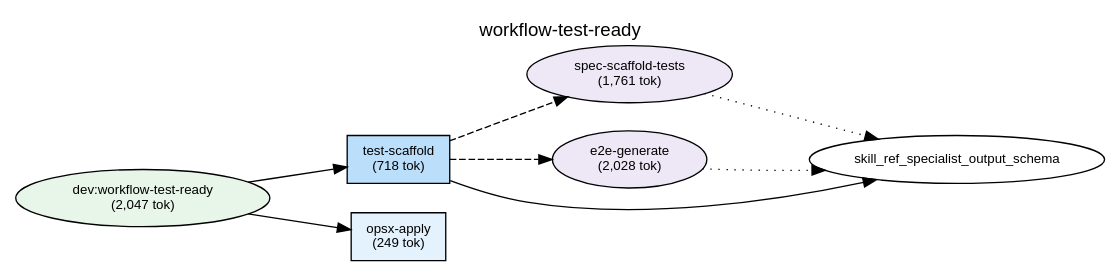
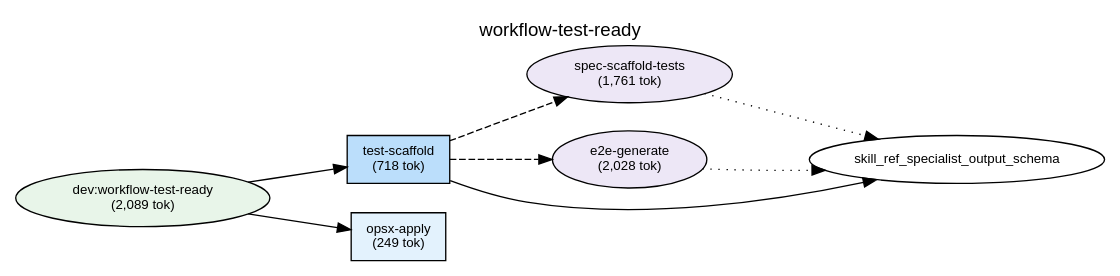
One commit to shuu5/twill changed the diagram in plugins/dev/docs/deps-workflow-test-ready.dot. Above: the diagram before and after it, drawn with Graphviz. The commit also changed 27 other files, not shown here.

```diff
--- a/plugins/dev/docs/deps-workflow-test-ready.dot
+++ b/plugins/dev/docs/deps-workflow-test-ready.dot
@@ -1,55 +1,55 @@
 digraph Dependencies {
     // Graph settings
     rankdir=LR;
     ranksep=0.8;
     nodesep=0.3;
     fontname="Helvetica";
     node [fontname="Helvetica", fontsize=10];
     edge [fontname="Helvetica", fontsize=9];
     label="workflow-test-ready";
     labelloc=t;
     fontsize=14;
 
     // L0: Controller Skills
 
     // L0: Launchers
 
     // L0.5: Workflow Skills
-    skill_workflow_test_ready [label="dev:workflow-test-ready\n(2,047 tok)", shape=ellipse, style=filled, fillcolor="#e8f5e9"];
+    skill_workflow_test_ready [label="dev:workflow-test-ready\n(2,089 tok)", shape=ellipse, style=filled, fillcolor="#e8f5e9"];
 
     // Reference Skills
 
     // L1: Direct Commands
     cmd_opsx_apply [label="opsx-apply\n(249 tok)", shape=box, style=filled, fillcolor="#e3f2fd"];
     cmd_test_scaffold [label="test-scaffold\n(718 tok)", shape=box, style=filled, fillcolor="#bbdefb"];
 
     // L2: Sub Commands
 
     // L3: Agents
     agent_spec_scaffold_tests [label="spec-scaffold-tests\n(1,761 tok)", shape=ellipse, style=filled, fillcolor="#ede7f6"];
     agent_e2e_generate [label="e2e-generate\n(2,028 tok)", shape=ellipse, style=filled, fillcolor="#ede7f6"];
 
     // L3.5: Scripts
 
     // L4: External
 
     // Layer constraints
     { rank=same; skill_workflow_test_ready; }
     { rank=same; cmd_opsx_apply; cmd_test_scaffold; }
     { rank=same; agent_spec_scaffold_tests; agent_e2e_generate; }
 
     // Edges
     skill_workflow_test_ready -> cmd_test_scaffold;
     skill_workflow_test_ready -> cmd_opsx_apply;
     cmd_test_scaffold -> agent_spec_scaffold_tests [style=dashed];
     cmd_test_scaffold -> agent_e2e_generate [style=dashed];
     cmd_test_scaffold -> skill_ref_specialist_output_schema;
     agent_spec_scaffold_tests -> skill_ref_specialist_output_schema [style=dotted];
     agent_e2e_generate -> skill_ref_specialist_output_schema [style=dotted];
 
     // Ordering constraints (invisible edges)
     cmd_test_scaffold -> cmd_opsx_apply [style=invis, weight=10];
     agent_spec_scaffold_tests -> agent_e2e_generate [style=invis, weight=10];
     agent_e2e_generate -> skill_ref_specialist_output_schema [style=invis, weight=10];
 
 }
```
